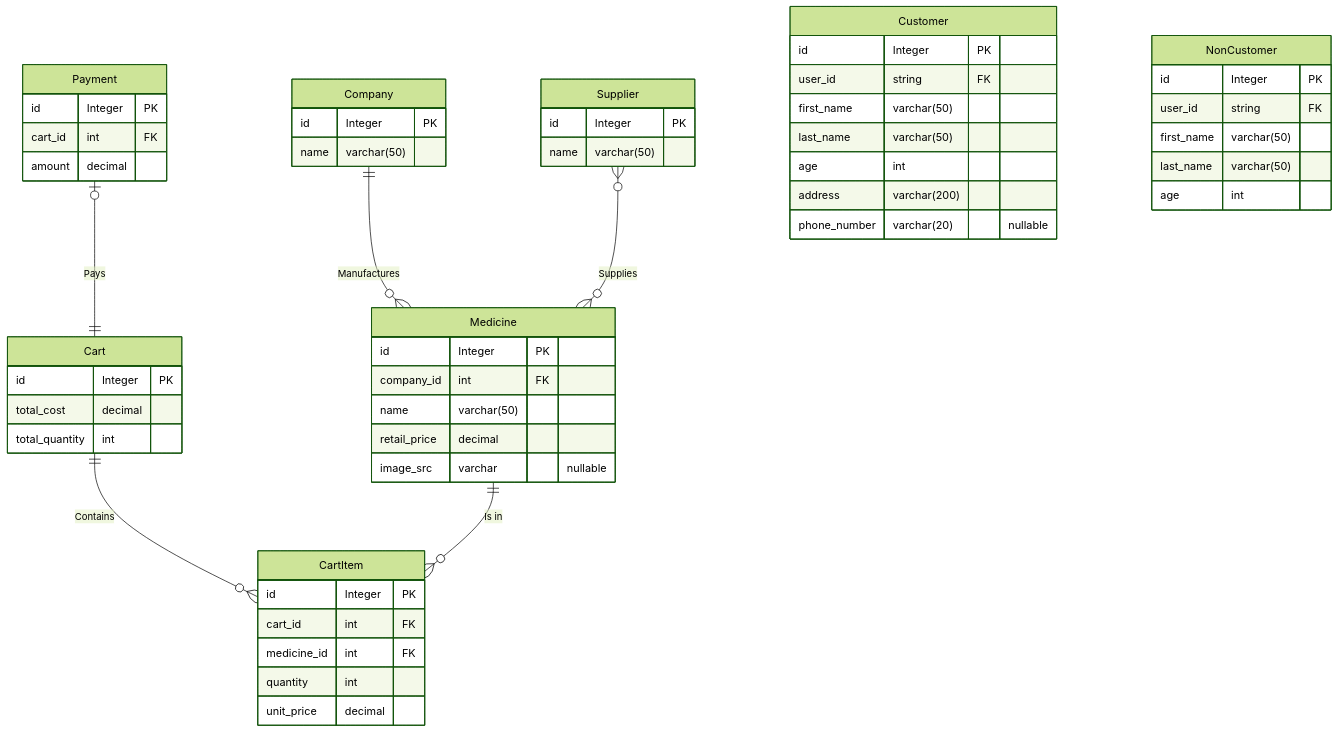
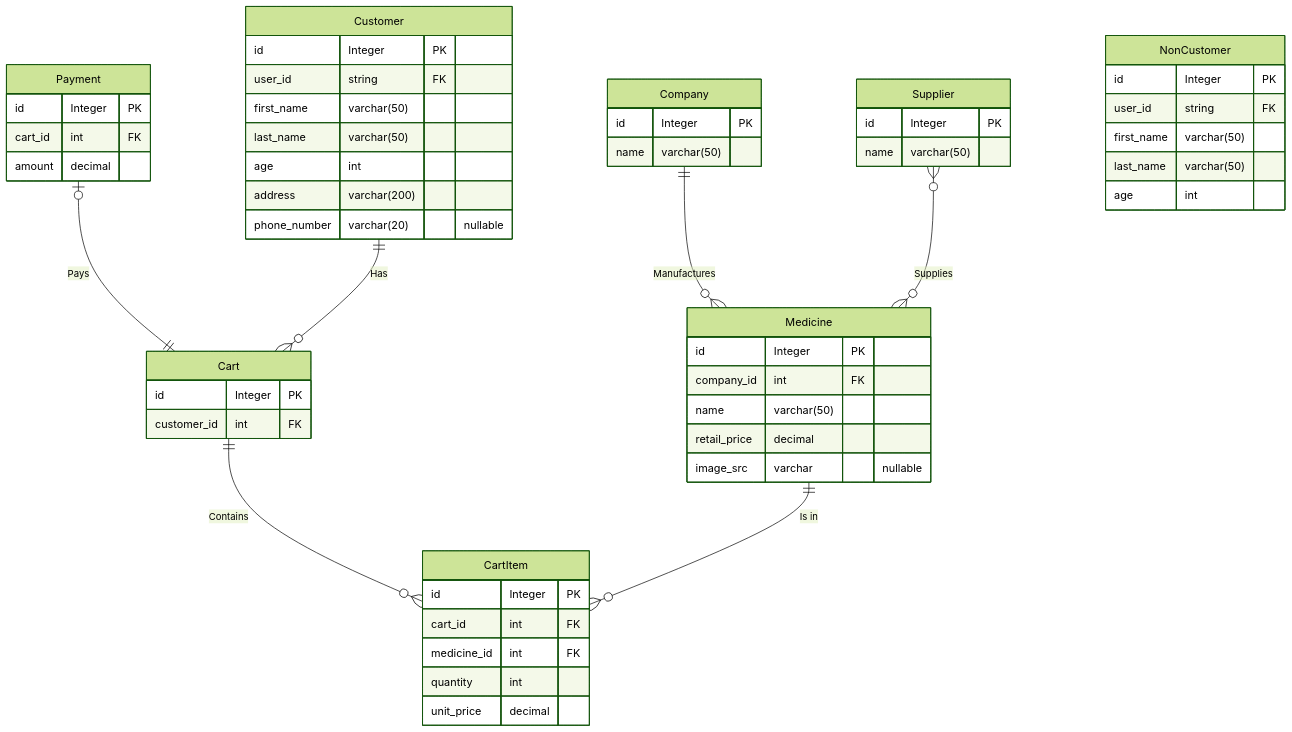
Before and after one commit to ipt-uni/Pharmacy: the diagram in README.md, drawn with Mermaid (forest theme). The commit also changed 1 other file, not shown here.

Commit message:
feat/chore: update er diagram and implement it

````diff
--- a/README.md
+++ b/README.md
@@ -18,59 +18,59 @@
 ```mermaid
 erDiagram
 
 Company || -- o{ Medicine : "Manufactures"
 Cart || -- o{ CartItem : "Contains"
 Medicine || -- o{ CartItem : "Is in"
 Supplier }o -- o{ Medicine : "Supplies"
 Payment o| -- || Cart : "Pays"
+Customer || -- o{ Cart : "Has"
 
 Medicine{
     id Integer PK
     company_id int FK
     name varchar(50)
     retail_price decimal
     image_src varchar "nullable"
 }
 Company{
     id Integer PK
     name varchar(50)
 }
 Supplier{
     id Integer PK
     name varchar(50)
 }
 Cart{
     id Integer PK
-    total_cost decimal
-    total_quantity int
+    customer_id int FK
 }
 CartItem{
     id Integer PK
     cart_id int FK
     medicine_id int FK
     quantity int
     unit_price decimal
 }
 Payment{
     id Integer PK
     cart_id int FK
     amount decimal
 }
 Customer{
     id Integer PK
     user_id string FK
     first_name varchar(50)
     last_name varchar(50)
     age int
     address varchar(200)
     phone_number varchar(20) "nullable"
 }
 NonCustomer{
     id Integer PK
     user_id string FK
     first_name varchar(50)
     last_name varchar(50)
     age int
 }
 
 ```
````
